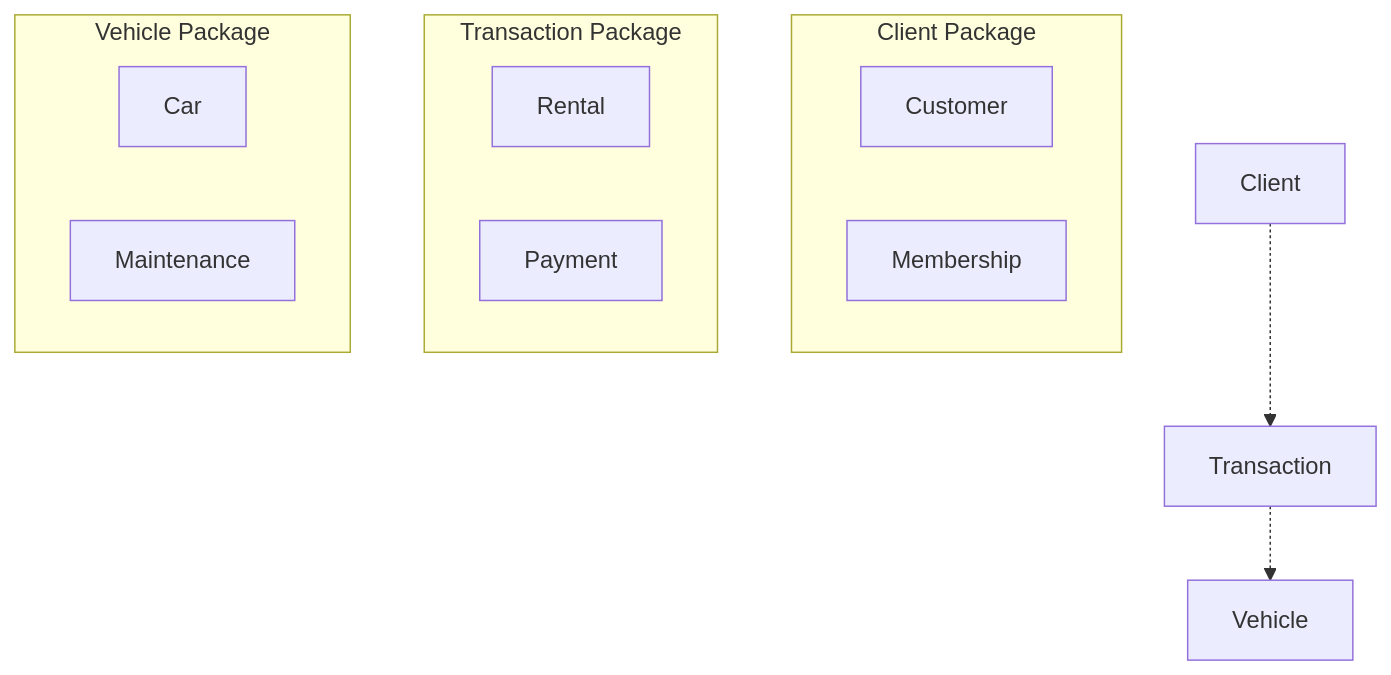
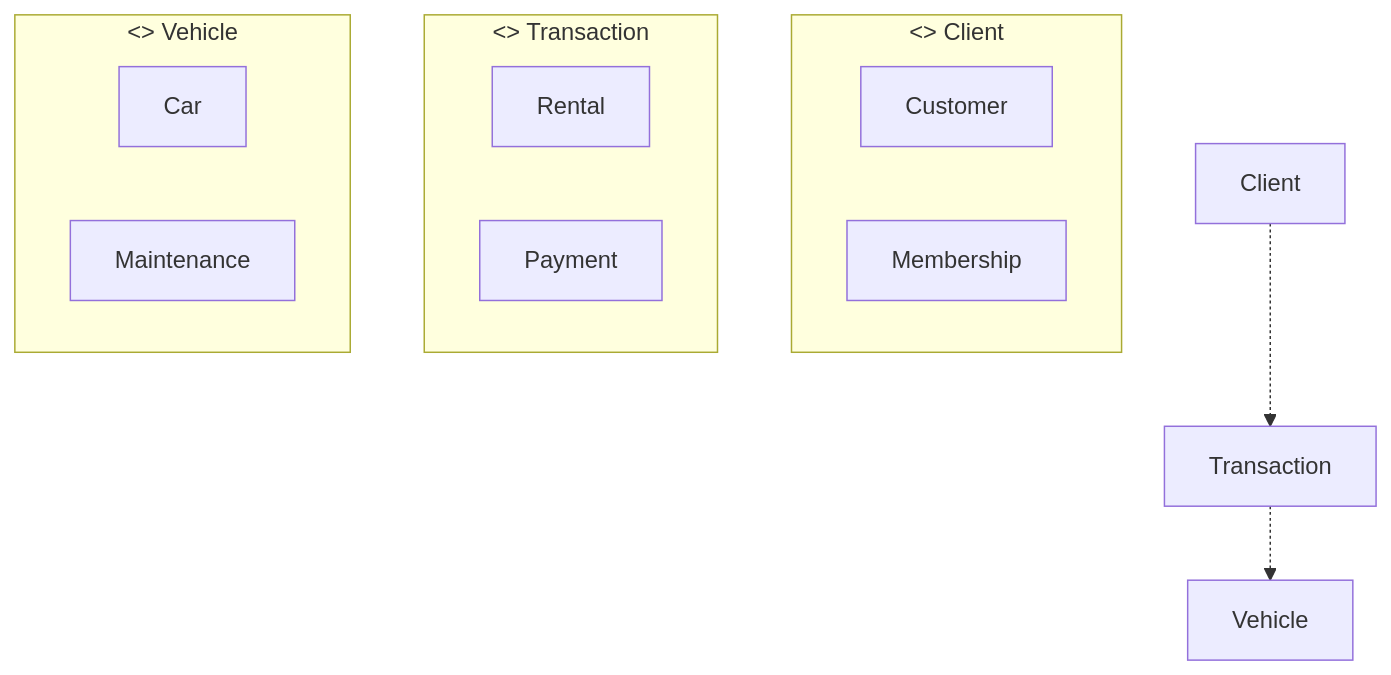
Before and after one commit to Fake1Doge/Obsidian-notes: diagram 18 of 18 in Y1S2/CCA103 System Analysis and Design.md, drawn with Mermaid. The commit also changed other lines of this file, not shown here.

````diff
--- a/Y1S2/CCA103 System Analysis and Design.md
+++ b/Y1S2/CCA103 System Analysis and Design.md
@@ -2421,17 +2603,17 @@
 ```mermaid
 graph TD
-    subgraph Client Package
+    subgraph Client Package [<<package>> Client]
         Customer
         Membership
     end
-    subgraph Transaction Package
+    subgraph Transaction Package [<<package>> Transaction]
         Rental
         Payment
     end
-    subgraph Vehicle Package
+    subgraph Vehicle Package [<<package>> Vehicle]
         Car
         Maintenance
     end
     Client -.-> Transaction
     Transaction -.-> Vehicle
 ```
````
